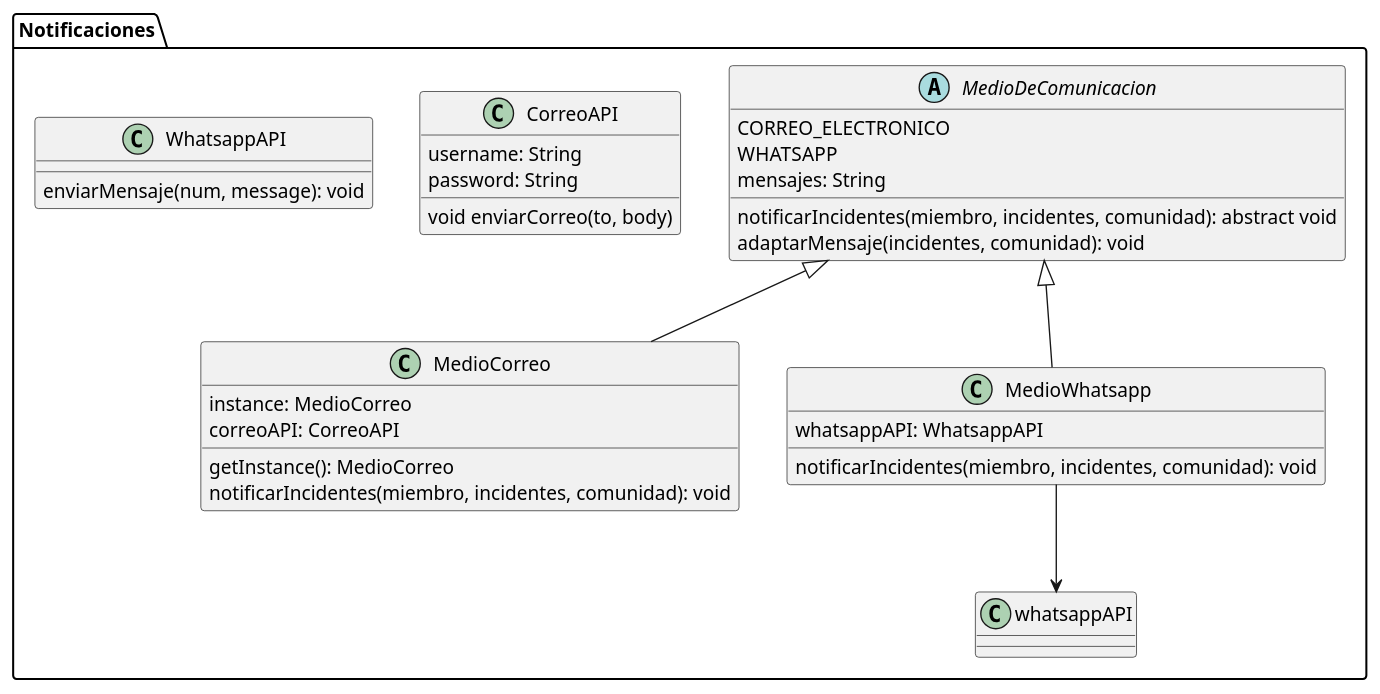
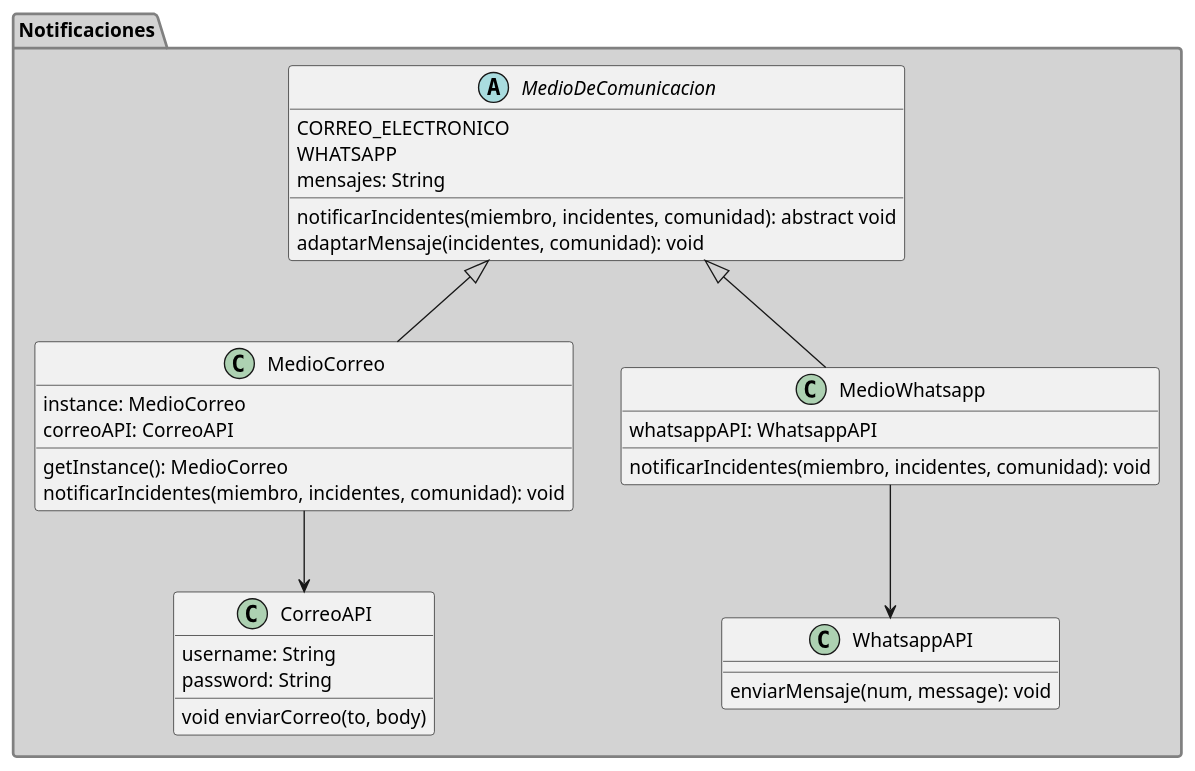
One commit to tomidandrea/TPA-DDS-2023 changed the diagram in Entrega-3/out/notificacion.puml. Above: the diagram before and after it, drawn with PlantUML. The commit also changed 9 other files, not shown here.

Commit message:
Ordeno diagrama de clases

```diff
--- a/Entrega-3/out/notificacion.puml
+++ b/Entrega-3/out/notificacion.puml
@@ -1,43 +1,44 @@
 @startuml
 'https://plantuml.com/class-diagram
 
-package Notificaciones {
+package Notificaciones #back:lightgrey;line:grey;line.bold{
 
     enum MedioDeComunicacion{
         CORREO_ELECTRONICO
         WHATSAPP
     }
     class CorreoAPI {
         username: String
         password: String
 
         void enviarCorreo(to, body)
     }
 
     abstract class MedioDeComunicacion {
         mensajes: String
         notificarIncidentes(miembro, incidentes, comunidad): abstract void
         adaptarMensaje(incidentes, comunidad): void
 
     }
 
     class MedioCorreo extends MedioDeComunicacion{
         instance: MedioCorreo
         correoAPI: CorreoAPI
 
         getInstance(): MedioCorreo
         notificarIncidentes(miembro, incidentes, comunidad): void
     }
 
     class MedioWhatsapp extends MedioDeComunicacion {
         whatsappAPI: WhatsappAPI
         notificarIncidentes(miembro, incidentes, comunidad): void
     }
 
     class WhatsappAPI {
         enviarMensaje(num, message): void
     }
 
-    MedioWhatsapp --> whatsappAPI
+    MedioWhatsapp --> WhatsappAPI
+    MedioCorreo-->CorreoAPI
 }
 @enduml
```
